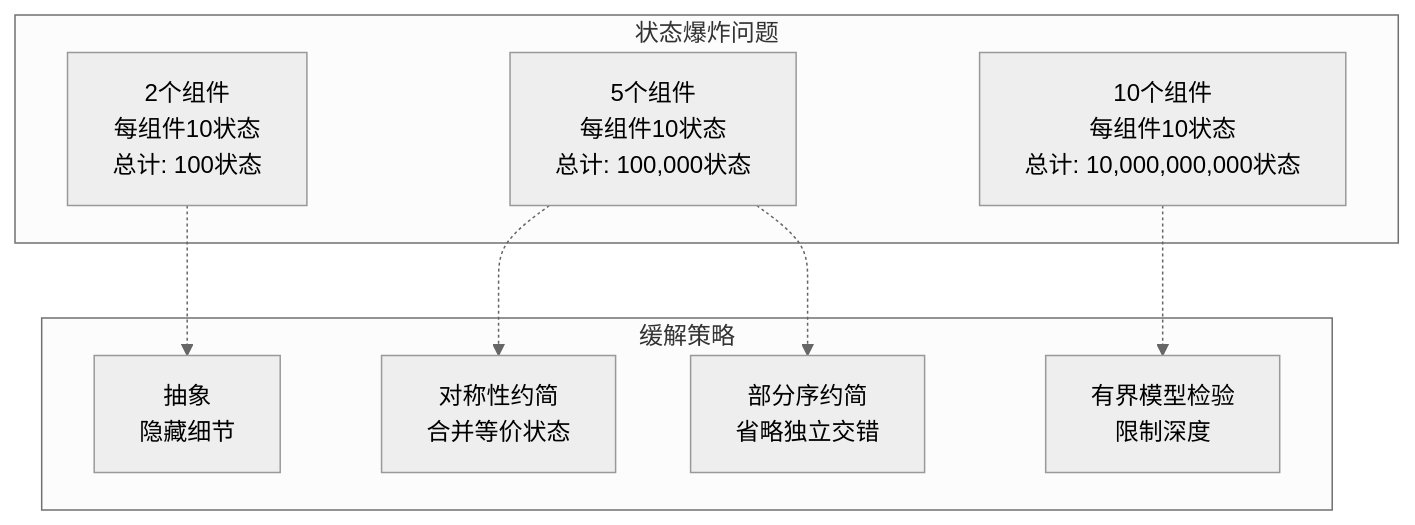
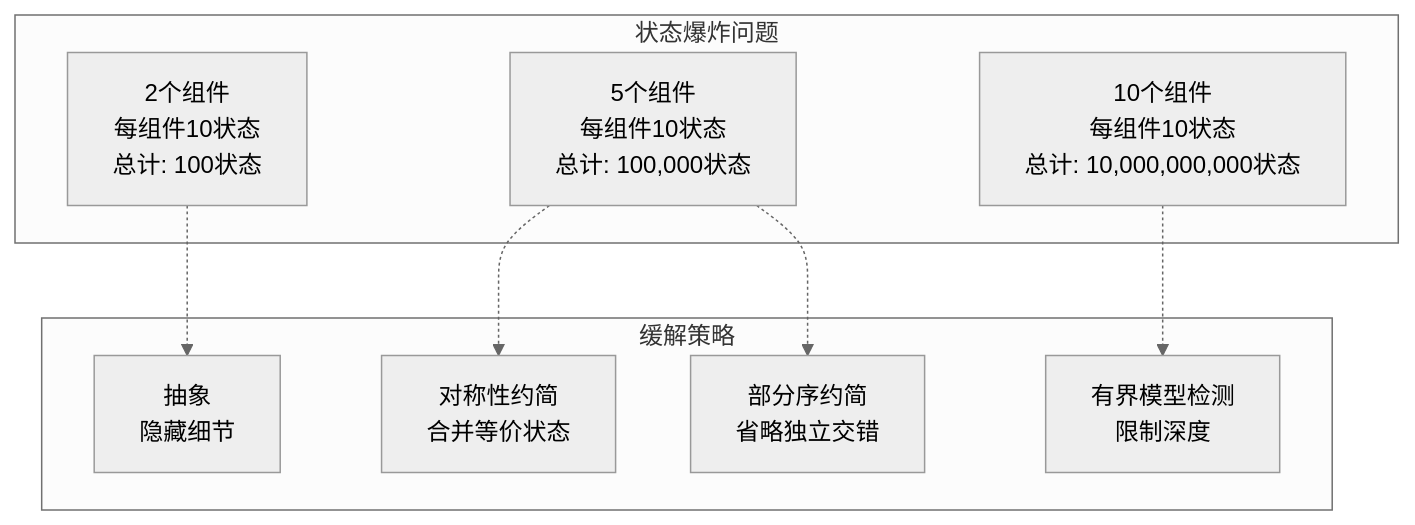
One commit to AdaMartin18010/AnalysisDataFlow changed the third of 3 diagrams in formal-methods/03-model-taxonomy/05-verification-methods/02-model-checking.md. Above: the diagram before and after it, drawn with Mermaid (neutral theme). The commit also changed other lines of this file and 129 other files, not shown here.

````diff
--- a/formal-methods/03-model-taxonomy/05-verification-methods/02-model-checking.md
+++ b/formal-methods/03-model-taxonomy/05-verification-methods/02-model-checking.md
@@ -385,20 +385,20 @@
 ```mermaid
 graph TB
     subgraph "状态爆炸问题"
         EXP1[2个组件<br/>每组件10状态<br/>总计: 100状态]
         EXP2[5个组件<br/>每组件10状态<br/>总计: 100,000状态]
         EXP3[10个组件<br/>每组件10状态<br/>总计: 10,000,000,000状态]
     end
 
     subgraph "缓解策略"
         ABS[抽象<br/>隐藏细节]
         SYM[对称性约简<br/>合并等价状态]
         POR[部分序约简<br/>省略独立交错]
-        BMC[有界模型检验<br/>限制深度]
+        BMC[有界模型检测<br/>限制深度]
     end
 
     EXP1 -.-> ABS
     EXP2 -.-> SYM
     EXP2 -.-> POR
     EXP3 -.-> BMC
 ```
````
